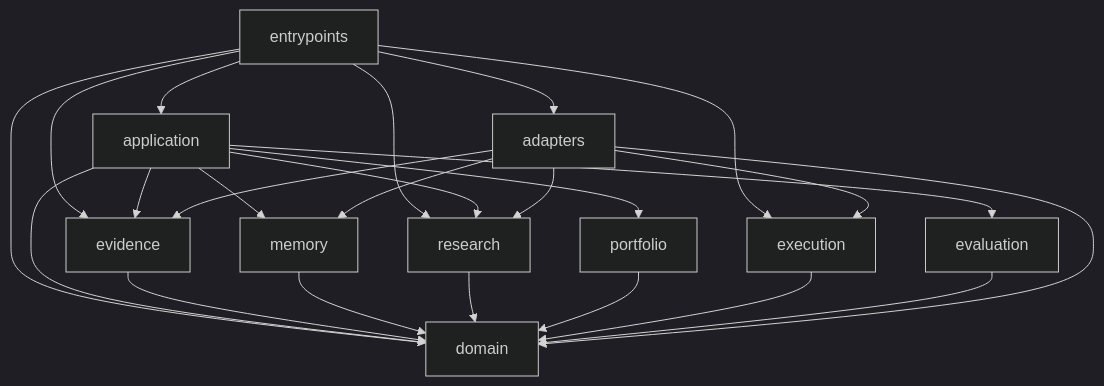
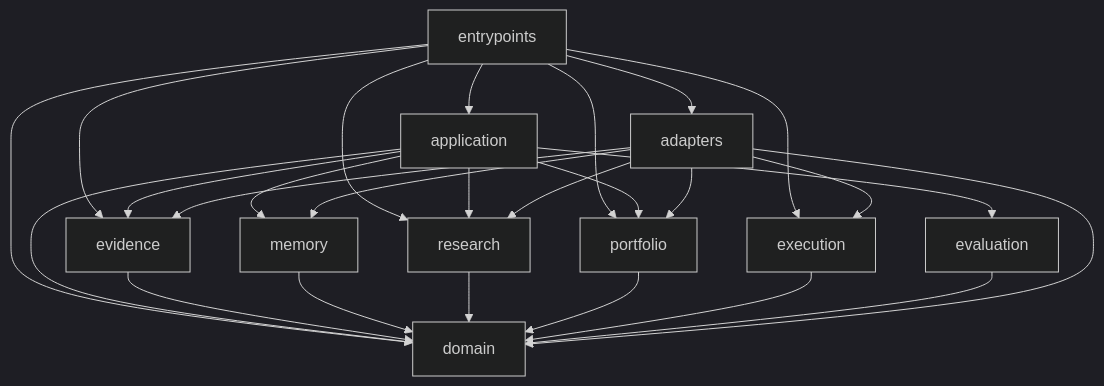
The diagram in docs/module-graph.md (investlink-ai/agentic_investment_os), drawn with Mermaid (dark theme) before and after one commit. The commit also changed other lines of this file and 41 other files, not shown here.

````diff
--- a/docs/module-graph.md
+++ b/docs/module-graph.md
@@ -14,29 +14,31 @@
 ```mermaid
 flowchart TD
     entrypoints --> application
     entrypoints --> domain
     entrypoints --> execution
     entrypoints --> adapters
     entrypoints --> evidence
     entrypoints --> research
+    entrypoints --> portfolio
 
     application --> evidence
     application --> memory
     application --> research
     application --> portfolio
     application --> evaluation
     application --> domain
 
     evidence --> domain
     memory --> domain
     research --> domain
     portfolio --> domain
     execution --> domain
     evaluation --> domain
 
     adapters --> domain
     adapters --> evidence
     adapters --> memory
     adapters --> research
+    adapters --> portfolio
     adapters --> execution
 ```
````
